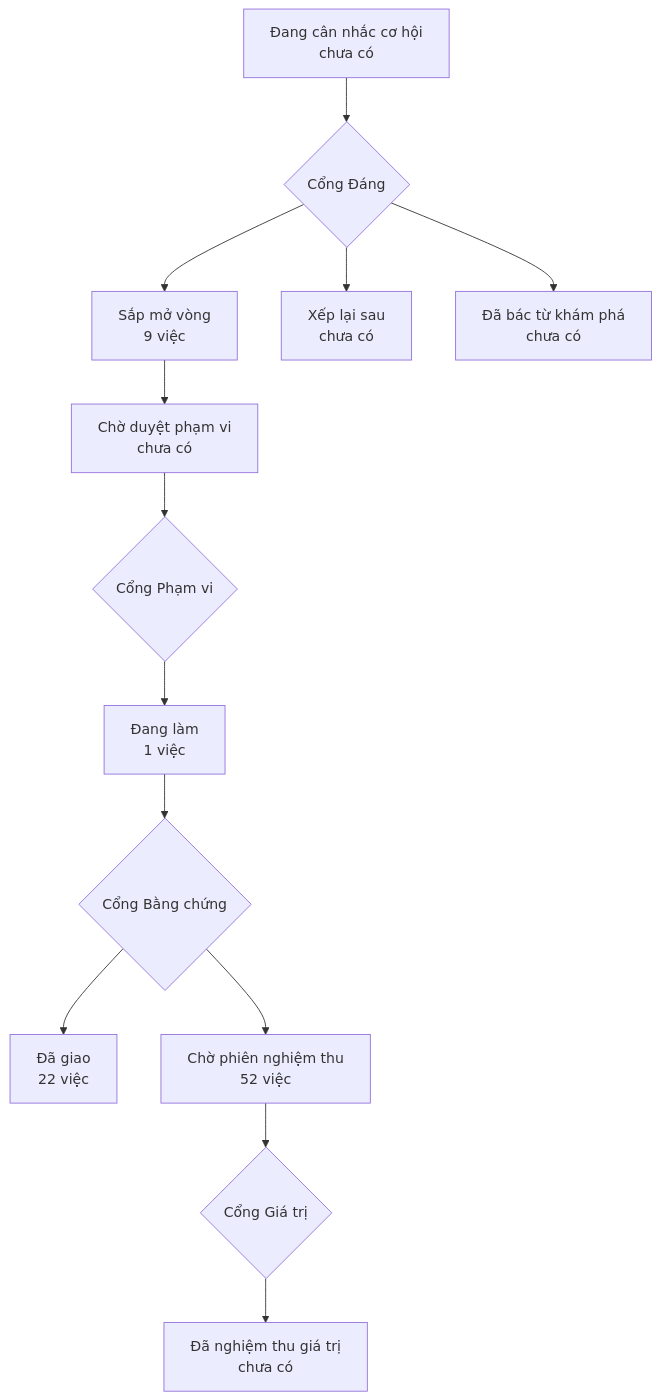
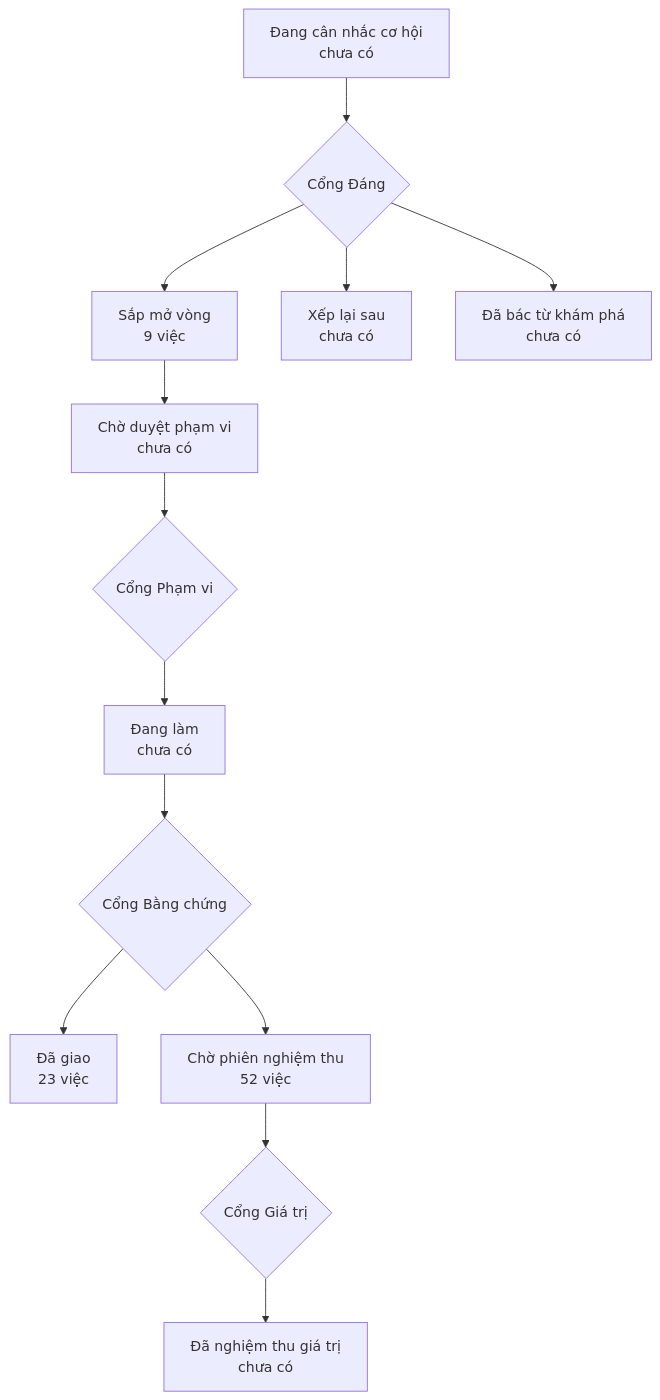
Before and after one commit to phanlemanh/onehub-inventory: the diagram in PRODUCT-MAP.md, drawn with Mermaid. The commit also changed other lines of this file and 10 other files, not shown here.

````diff
--- a/PRODUCT-MAP.md
+++ b/PRODUCT-MAP.md
@@ -7,12 +7,12 @@
 ```mermaid
 flowchart TD
   A["Đang cân nhắc cơ hội<br/>chưa có"] --> GD{"Cổng Đáng"}
   GD --> B["Sắp mở vòng<br/>9 việc"]
   GD --> XL["Xếp lại sau<br/>chưa có"]
   GD --> DB["Đã bác từ khám phá<br/>chưa có"]
   B --> CD["Chờ duyệt phạm vi<br/>chưa có"] --> GP{"Cổng Phạm vi"}
-  GP --> DL["Đang làm<br/>1 việc"] --> GB{"Cổng Bằng chứng"}
-  GB --> DG["Đã giao<br/>22 việc"]
+  GP --> DL["Đang làm<br/>chưa có"] --> GB{"Cổng Bằng chứng"}
+  GB --> DG["Đã giao<br/>23 việc"]
   GB --> CN["Chờ phiên nghiệm thu<br/>52 việc"] --> GG{"Cổng Giá trị"}
   GG --> NT["Đã nghiệm thu giá trị<br/>chưa có"]
 ```
````
